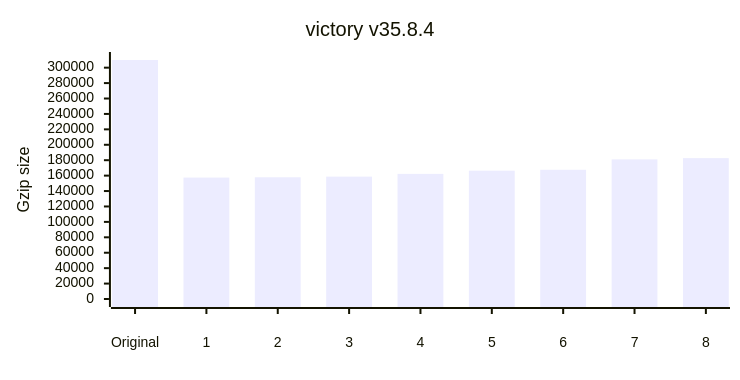
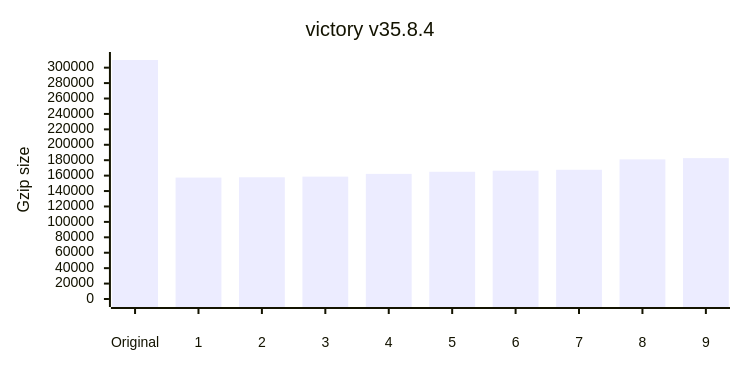
Before and after one commit to privatenumber/minification-benchmarks: the ninth of 12 diagrams in README.md, drawn with Mermaid. The commit also changed other lines of this file and 1 other file, not shown here.

````diff
--- a/README.md
+++ b/README.md
@@ -397,17 +397,17 @@
 ```mermaid
 ---
 config:
     xyChart:
         width: 720
         height: 360
         xAxis:
             labelPadding: 20
         yAxis:
             labelPadding: 10
 ---
 xychart-beta
 	title "victory v35.8.4"
-	x-axis ["Original",1,2,3,4,5,6,7,8]
+	x-axis ["Original",1,2,3,4,5,6,7,8,9]
 	y-axis "Gzip size" 0 --> 309942
-	bar [309942,157435,157846,158706,162262,166386,167579,181071,182671]
+	bar [309942,157435,157846,158706,162262,165014,166386,167579,181071,182671]
 ```
````
